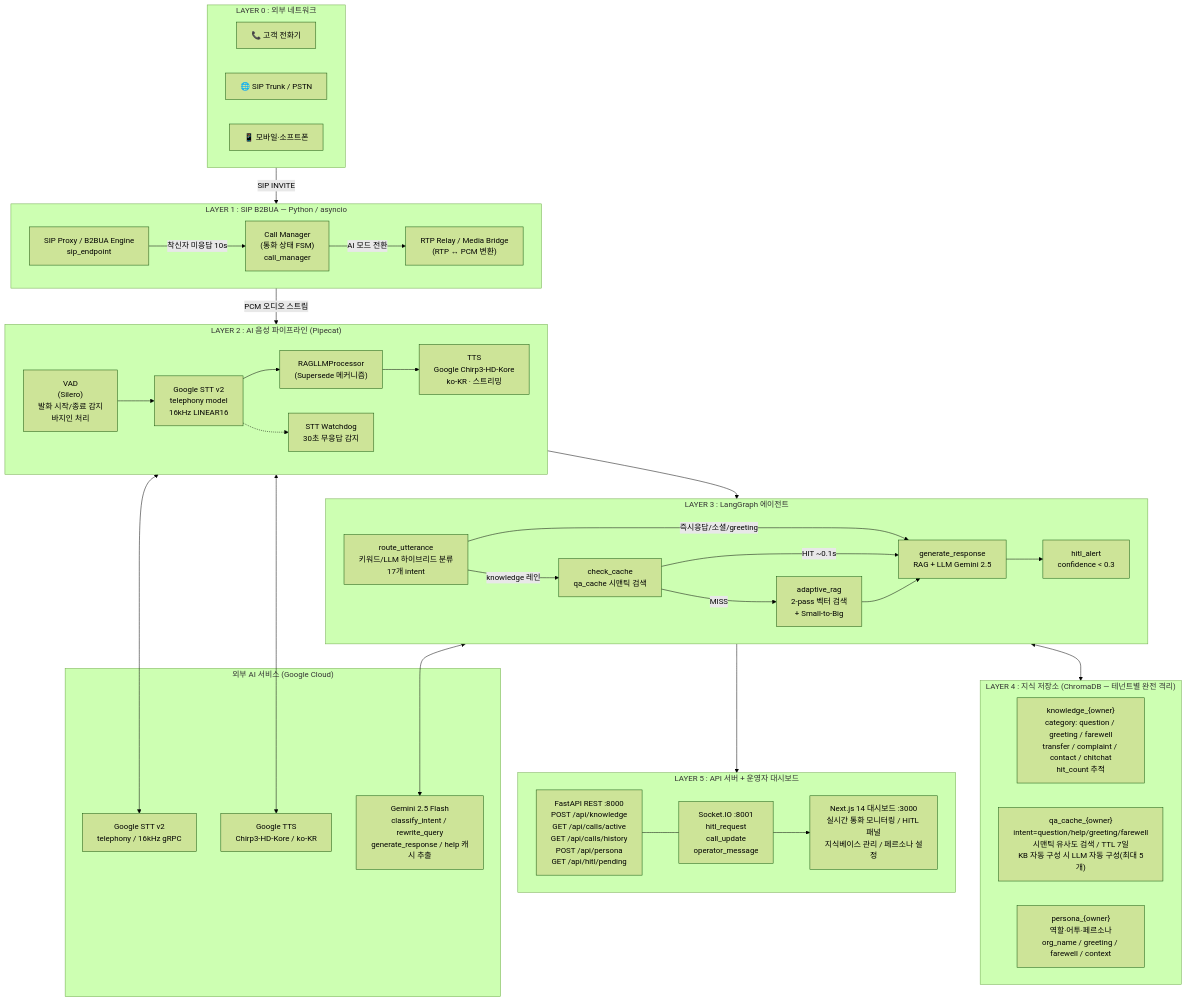
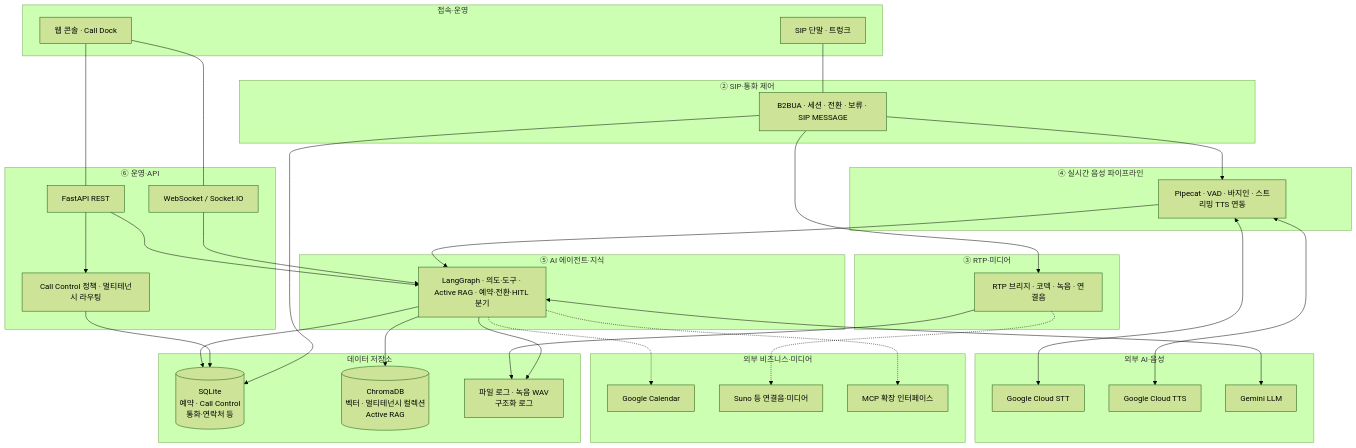
Before and after one commit to hak023/sip_pbx: the diagram in docs/presentation/PROJECT_BRIEF.md, drawn with Mermaid (forest theme). The commit also changed other lines of this file, not shown here.

First line of the commit message:
docs: 블록형 아키텍처 섹션 추가 (Mermaid, 데이터·외부 AI)

````diff
--- a/docs/presentation/PROJECT_BRIEF.md
+++ b/docs/presentation/PROJECT_BRIEF.md
@@ -230,69 +93,74 @@
 ```mermaid
 flowchart TB
-    subgraph L0["LAYER 0 : 외부 네트워크"]
-        P1["📞 고객 전화기"]
-        P2["🌐 SIP Trunk / PSTN"]
-        P3["📱 모바일·소프트폰"]
-    end
+  subgraph ext_ai["외부 AI·음성"]
+    STT["Google Cloud STT"]
+    TTS["Google Cloud TTS"]
+    GEM["Gemini LLM"]
+  end
 
-    subgraph L1["LAYER 1 : SIP B2BUA — Python / asyncio"]
-        SIP["SIP Proxy / B2BUA Engine\nsip_endpoint"]
-        CM["Call Manager\n(통화 상태 FSM)\ncall_manager"]
-        RTP["RTP Relay / Media Bridge\n(RTP ↔ PCM 변환)"]
-        SIP -->|"착신자 미응답 10s"| CM
-        CM -->|"AI 모드 전환"| RTP
-    end
+  subgraph ext_svc["외부 비즈니스·미디어"]
+    GCAL["Google Calendar"]
+    SUNO["Suno 등 연결음·미디어"]
+    MCP["MCP 확장 인터페이스"]
+  end
 
-    subgraph L2["LAYER 2 : AI 음성 파이프라인 (Pipecat)"]
-        VAD["VAD\n(Silero)\n발화 시작/종료 감지\n바지인 처리"]
-        STT["Google STT v2\ntelephony model\n16kHz LINEAR16"]
-        PROC["RAGLLMProcessor\n(Supersede 메커니즘)"]
-        TTS["TTS\nGoogle Chirp3-HD-Kore\nko-KR · 스트리밍"]
-        WATCH["STT Watchdog\n30초 무응답 감지"]
-        VAD --> STT --> PROC --> TTS
-        STT -.-> WATCH
-    end
+  subgraph clients["접속·운영"]
+    SIP_EP["SIP 단말 · 트렁크"]
+    WEB["웹 콘솔 · Call Dock"]
+  end
 
-    subgraph L3["LAYER 3 : LangGraph 에이전트"]
-        ROUTE["route_utterance\n키워드/LLM 하이브리드 분류\n17개 intent"]
-        CACHE["check_cache\nqa_cache 시맨틱 검색"]
-        RAG["adaptive_rag\n2-pass 벡터 검색\n+ Small-to-Big"]
-        GEN["generate_response\nRAG + LLM Gemini 2.5"]
-        HITL["hitl_alert\nconfidence < 0.3"]
+  subgraph media_layer["③ RTP·미디어"]
+    RTP["RTP 브리지 · 코덱 · 녹음 · 연결음"]
+  end
 
-        ROUTE -->|"knowledge 레인"| CACHE
-        ROUTE -->|"즉시응답/소셜/greeting"| GEN
-        CACHE -->|"MISS"| RAG
-        CACHE -->|"HIT ~0.1s"| GEN
-        RAG --> GEN
-        GEN --> HITL
-    end
+  subgraph sip_layer["② SIP·통화 제어"]
+    B2BUA["B2BUA · 세션 · 전환 · 보류 · SIP MESSAGE"]
+  end
 
-    subgraph L4["LAYER 4 : 지식 저장소 (ChromaDB — 테넌트별 완전 격리)"]
-        KB["knowledge_{owner}\ncategory: question / greeting / farewell\ntransfer / complaint / contact / chitchat\nhit_count 추적"]
-        QC["qa_cache_{owner}\nintent=question/help/greeting/farewell\n시맨틱 유사도 검색 / TTL 7일\nKB 자동 구성 시 LLM 자동 구성(최대 5개)"]
-        PE["persona_{owner}\n역할·어투·페르소나\norg_name / greeting / farewell / context"]
-    end
+  subgraph voice_layer["④ 실시간 음성 파이프라인"]
+    PIPE["Pipecat · VAD · 바지인 · 스트리밍 TTS 연동"]
+  end
 
-    subgraph L5["LAYER 5 : API 서버 + 운영자 대시보드"]
-        API["FastAPI REST :8000\nPOST /api/knowledge\nGET /api/calls/active\nGET /api/calls/history\nPOST /api/persona\nGET /api/hitl/pending"]
-        WS["Socket.IO :8001\nhitl_request\ncall_update\noperator_message"]
-        UI["Next.js 14 대시보드 :3000\n실시간 통화 모니터링 / HITL 패널\n지식베이스 관리 / 페르소나 설정"]
-        API --- WS --> UI
-    end
+  subgraph ai_layer["⑤ AI 에이전트·지식"]
+    LG["LangGraph · 의도·도구 · Active RAG · 예약·전환·HITL 분기"]
+  end
 
-    subgraph GCloud["외부 AI 서비스 (Google Cloud)"]
-        GSTT["Google STT v2\ntelephony / 16kHz gRPC"]
-        GTTS["Google TTS\nChirp3-HD-Kore / ko-KR"]
-        LLM["Gemini 2.5 Flash\nclassify_intent / rewrite_query\ngenerate_response / help 캐시 추출"]
-    end
+  subgraph ops_layer["⑥ 운영·API"]
+    API["FastAPI REST"]
+    WS["WebSocket / Socket.IO"]
+    CC["Call Control 정책 · 멀티테넌시 라우팅"]
+  end
 
-    L0 -->|"SIP INVITE"| L1
-    L1 -->|"PCM 오디오 스트림"| L2
-    L2 --> L3
-    L3 <--> L4
-    L3 --> L5
-    L2 <--> GSTT
-    L2 <--> GTTS
-    L3 <--> LLM
+  subgraph stores["데이터 저장소"]
+    SQL[("SQLite<br/>예약 · Call Control<br/>통화·연락처 등")]
+    CHROMA[("ChromaDB<br/>벡터 · 멀티테넌시 컬렉션<br/>Active RAG")]
+    FILES["파일 로그 · 녹음 WAV<br/>구조화 로그"]
+  end
+
+  SIP_EP --- B2BUA
+  WEB --- API
+  WEB --- WS
+
+  B2BUA --> RTP
+  B2BUA --> PIPE
+  RTP -.-> SUNO
+
+  PIPE <--> STT
+  PIPE <--> TTS
+  PIPE --> LG
+
+  LG <--> GEM
+  LG --> CHROMA
+  LG --> SQL
+  LG -.-> GCAL
+  LG -.-> MCP
+
+  API --> CC
+  API --> LG
+  WS --> LG
+  CC --> SQL
+
+  B2BUA --> SQL
+  RTP --> FILES
+  LG --> FILES
 ```
````
